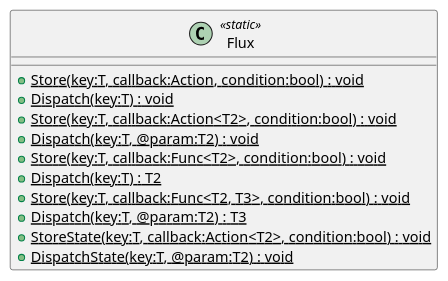
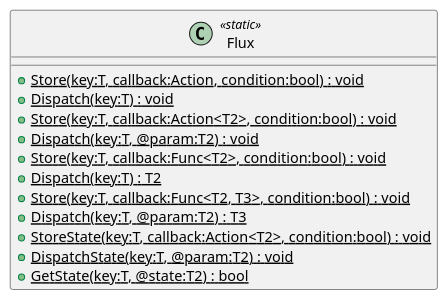
Before and after one commit to xavierarpa/UniFlux: the diagram in UML~/Core/Flux.puml, drawn with PlantUML. The commit also changed 9 other files, not shown here.

Commit message:
Generate UML (Generate UML)

```diff
--- a/UML~/Core/Flux.puml
+++ b/UML~/Core/Flux.puml
@@ -1,14 +1,15 @@
 @startuml
 class Flux <<static>> {
     + {static} Store(key:T, callback:Action, condition:bool) : void
     + {static} Dispatch(key:T) : void
     + {static} Store(key:T, callback:Action<T2>, condition:bool) : void
     + {static} Dispatch(key:T, @param:T2) : void
     + {static} Store(key:T, callback:Func<T2>, condition:bool) : void
     + {static} Dispatch(key:T) : T2
     + {static} Store(key:T, callback:Func<T2, T3>, condition:bool) : void
     + {static} Dispatch(key:T, @param:T2) : T3
     + {static} StoreState(key:T, callback:Action<T2>, condition:bool) : void
     + {static} DispatchState(key:T, @param:T2) : void
+    + {static} GetState(key:T, @state:T2) : bool
 }
 @enduml
```
